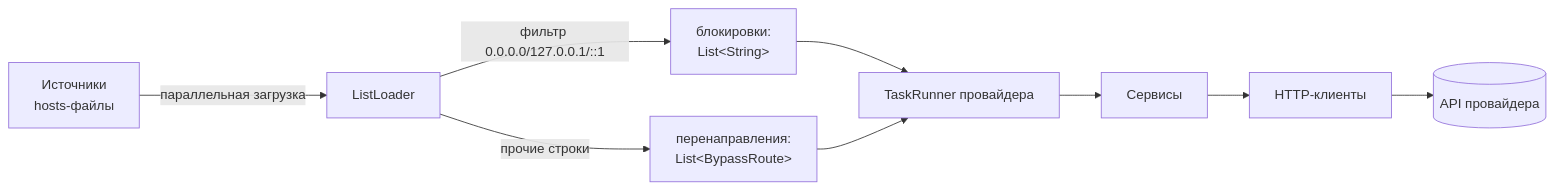
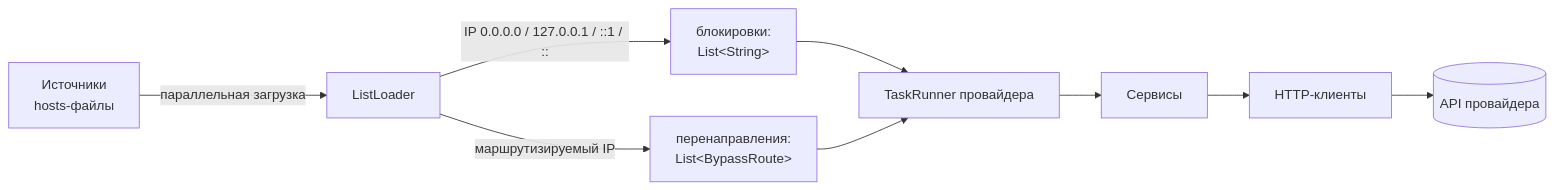
Before and after one commit to s2s22sss-cloud/DnsConf: the second of 2 diagrams in docs/dev/architecture.md, drawn with Mermaid. The commit also changed other lines of this file and 31 other files, not shown here.

````diff
--- a/docs/dev/architecture.md
+++ b/docs/dev/architecture.md
@@ -56,11 +57,11 @@
 ```mermaid
 flowchart LR
     S[Источники<br/>hosts-файлы] -->|параллельная загрузка| L[ListLoader]
-    L -->|фильтр 0.0.0.0/127.0.0.1/::1| BL[блокировки:<br/>List&lt;String&gt;]
-    L -->|прочие строки| OL[перенаправления:<br/>List&lt;BypassRoute&gt;]
+    L -->|IP 0.0.0.0 / 127.0.0.1 / ::1 / ::| BL[блокировки:<br/>List&lt;String&gt;]
+    L -->|маршрутизируемый IP| OL[перенаправления:<br/>List&lt;BypassRoute&gt;]
     BL --> R[TaskRunner провайдера]
     OL --> R
     R --> SV[Сервисы]
     SV --> HC[HTTP-клиенты]
     HC --> API[(API провайдера)]
 ```
````
